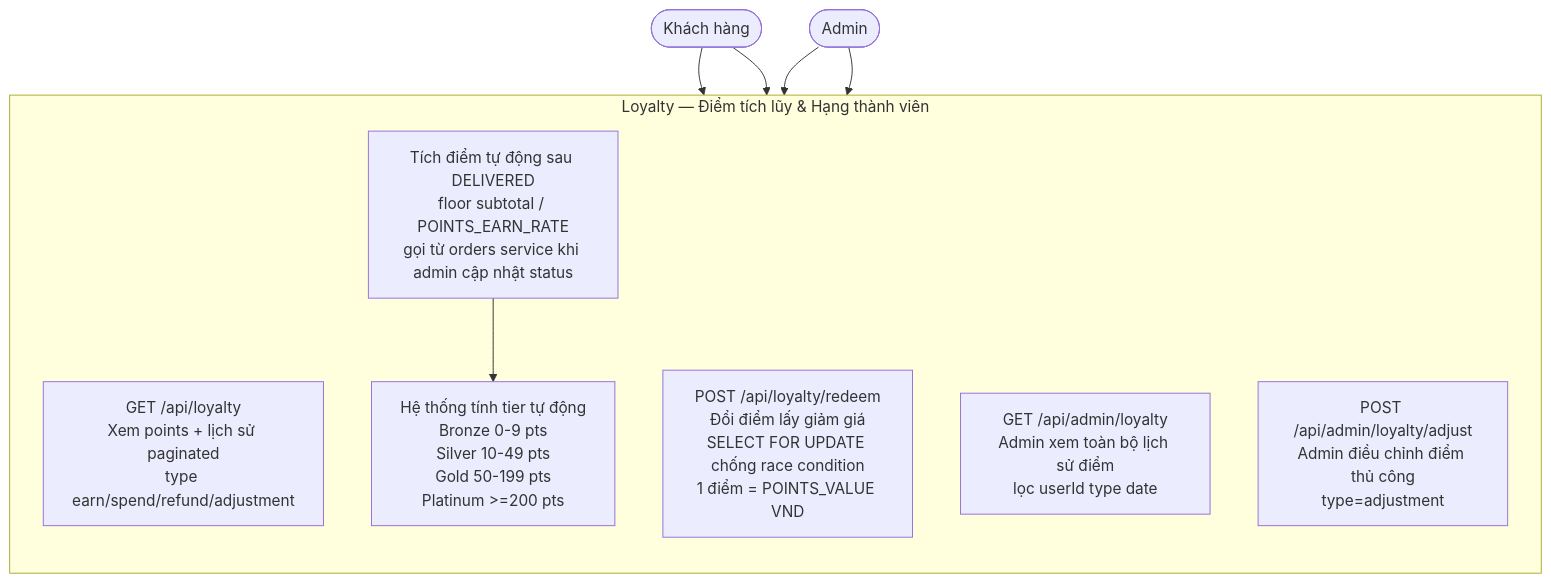
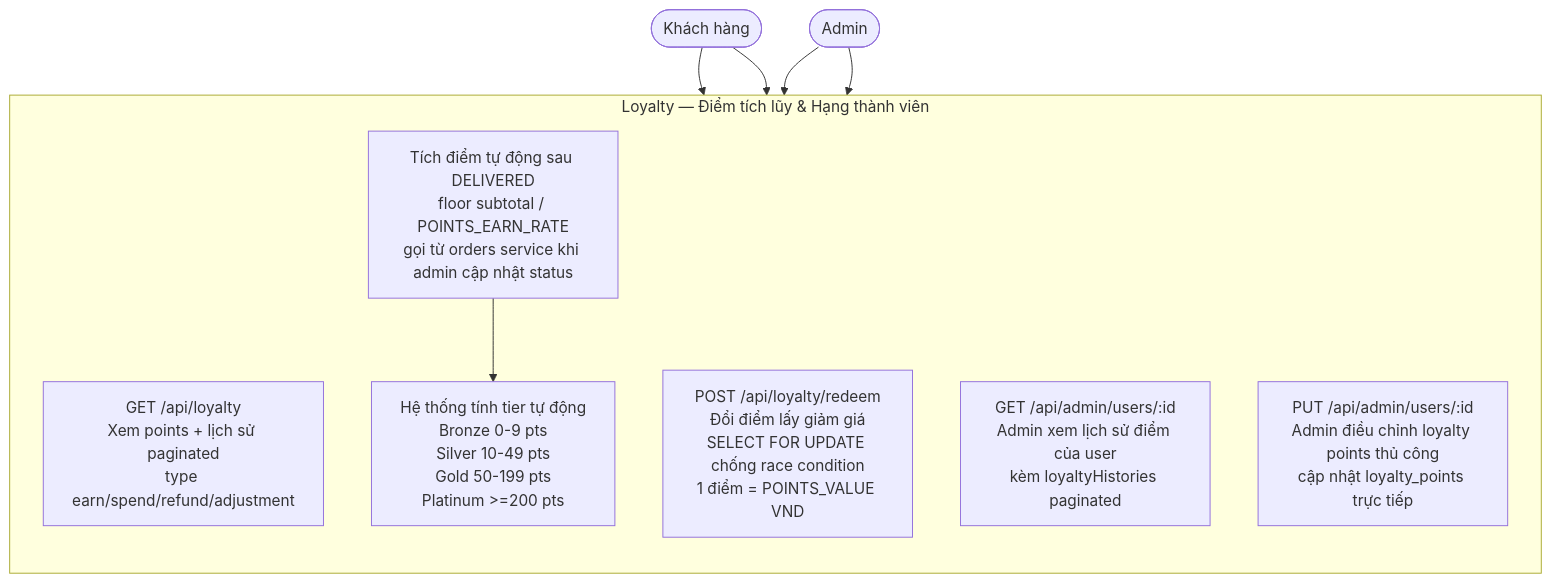
Before and after one commit to MinhThang1009/E-commerce-website: the eighth of 29 diagrams in DIAGRAMS.md, drawn with Mermaid. The commit also changed other lines of this file, not shown here.

````diff
--- a/DIAGRAMS.md
+++ b/DIAGRAMS.md
@@ -329,21 +329,21 @@
 ```mermaid
 flowchart TB
     Customer(["Khách hàng"])
     Admin(["Admin"])
 
     subgraph LOYALTY["Loyalty — Điểm tích lũy & Hạng thành viên"]
         direction TB
         L1["GET /api/loyalty\nXem points + lịch sử paginated\ntype earn/spend/refund/adjustment"]
         L2["POST /api/loyalty/redeem\nĐổi điểm lấy giảm giá\nSELECT FOR UPDATE chống race condition\n1 điểm = POINTS_VALUE VND"]
         L3["Tích điểm tự động sau DELIVERED\nfloor subtotal / POINTS_EARN_RATE\ngọi từ orders service khi admin cập nhật status"]
         L4["Hệ thống tính tier tự động\nBronze 0-9 pts\nSilver 10-49 pts\nGold 50-199 pts\nPlatinum >=200 pts"]
-        L5["GET /api/admin/loyalty\nAdmin xem toàn bộ lịch sử điểm\nlọc userId type date"]
-        L6["POST /api/admin/loyalty/adjust\nAdmin điều chỉnh điểm thủ công\ntype=adjustment"]
+        L5["GET /api/admin/users/:id\nAdmin xem lịch sử điểm của user\nkèm loyaltyHistories paginated"]
+        L6["PUT /api/admin/users/:id\nAdmin điều chỉnh loyalty points thủ công\ncập nhật loyalty_points trực tiếp"]
         L3 --> L4
     end
 
     Customer --> L1
     Customer --> L2
     Admin --> L5
     Admin --> L6
 ```
````
